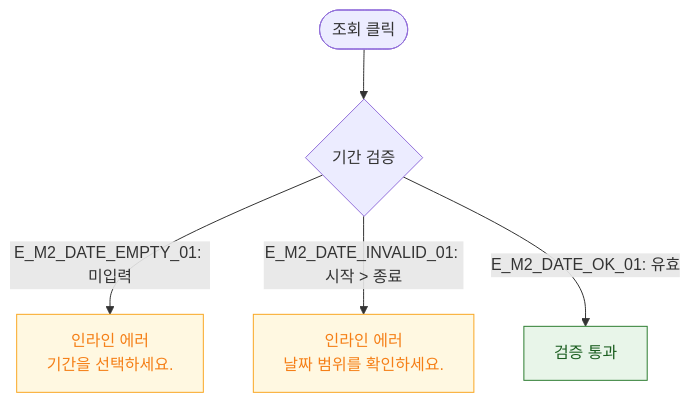
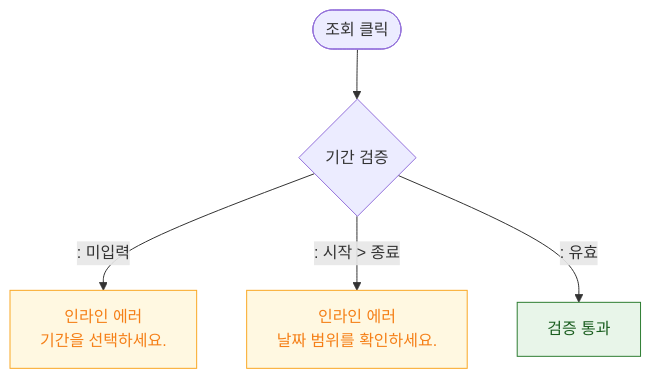
One commit to dev-spogym/admin-pando changed the diagram in docs/다이어그램/D06_시설관리/DLG/DLG-052-002_RFID이력조회/M2_필드검증.md. Above: the diagram before and after it, drawn with Mermaid. The commit also changed other lines of this file and 1660 other files, not shown here.

First line of the commit message:
다이어그램: 기획자/클라이언트 납품본으로 정리

````diff
--- a/docs/다이어그램/D06_시설관리/DLG/DLG-052-002_RFID이력조회/M2_필드검증.md
+++ b/docs/다이어그램/D06_시설관리/DLG/DLG-052-002_RFID이력조회/M2_필드검증.md
@@ -16,12 +14,12 @@
 ```mermaid
 flowchart TD
     SUBMIT([조회 클릭]) --> V1{기간 검증}
-    V1 -->|"E_M2_DATE_EMPTY_01: 미입력"| ErrDate[인라인 에러\n기간을 선택하세요.]
-    V1 -->|"E_M2_DATE_INVALID_01: 시작 > 종료"| ErrRange[인라인 에러\n날짜 범위를 확인하세요.]
-    V1 -->|"E_M2_DATE_OK_01: 유효"| PASS[검증 통과]
+    V1 -->|": 미입력"|ErrDate[인라인 에러\n기간을 선택하세요.]
+    V1 -->|": 시작 > 종료"|ErrRange[인라인 에러\n날짜 범위를 확인하세요.]
+    V1 -->|": 유효"|PASS[검증 통과]
 
     classDef warning fill:#FFF8E1,stroke:#F9A825,color:#F57F17
     classDef success fill:#E8F5E9,stroke:#2E7D32,color:#1B5E20
     class ErrDate,ErrRange warning
     class PASS success
 ```
````
